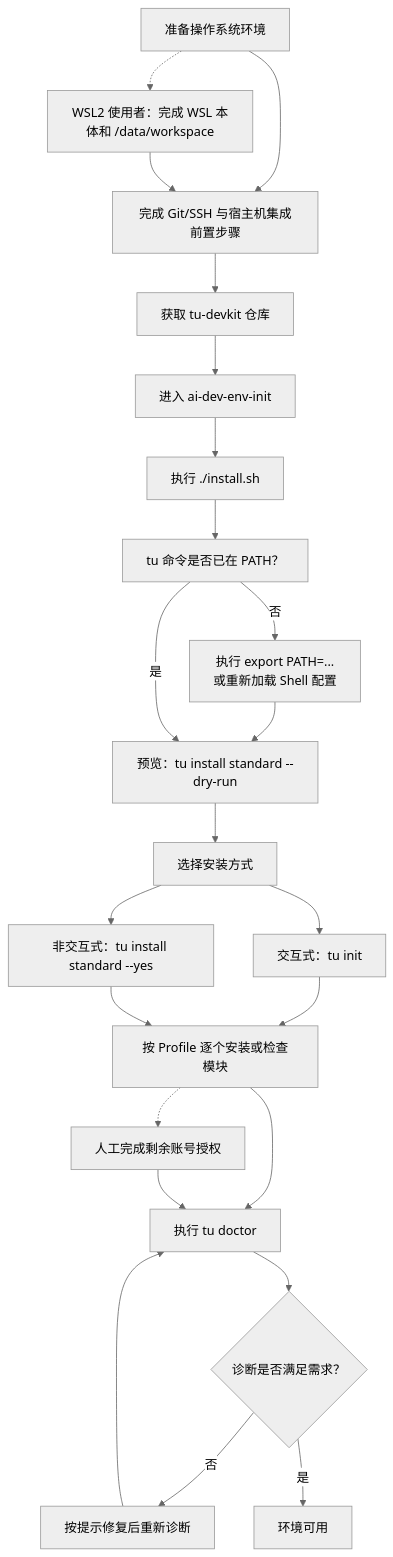
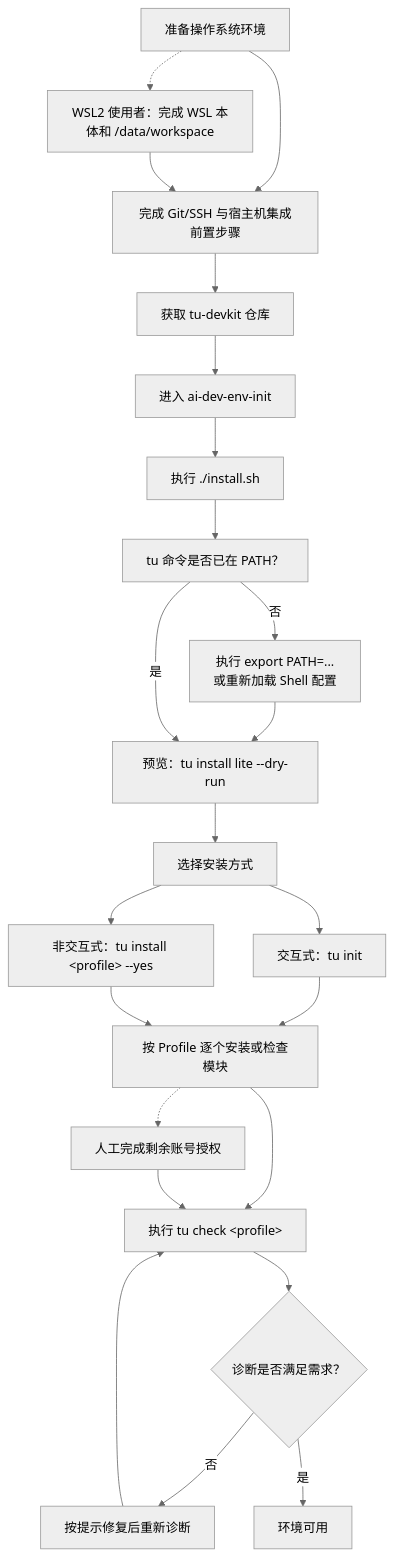
One commit to cnxutu/tu-devkit changed the third of 6 diagrams in ai-dev-env-init/docs/overview.md. Above: the diagram before and after it, drawn with Mermaid (neutral theme). The commit also changed other lines of this file and 11 other files, not shown here.

````diff
--- a/ai-dev-env-init/docs/overview.md
+++ b/ai-dev-env-init/docs/overview.md
@@ -90,38 +90,38 @@
 ```mermaid
 flowchart TD
     A["准备操作系统环境"]
     W["WSL2 使用者：完成 WSL 本体和 /data/workspace"]
     S["完成 Git/SSH 与宿主机集成前置步骤"]
     B["获取 tu-devkit 仓库"]
     C["进入 ai-dev-env-init"]
     D["执行 ./install.sh"]
     E["tu 命令是否已在 PATH？"]
     F["执行 export PATH=...<br/>或重新加载 Shell 配置"]
-    G["预览：tu install standard --dry-run"]
+    G["预览：tu install lite --dry-run"]
     H["选择安装方式"]
     I["交互式：tu init"]
-    J["非交互式：tu install standard --yes"]
+    J["非交互式：tu install &lt;profile&gt; --yes"]
     K["按 Profile 逐个安装或检查模块"]
     L["人工完成剩余账号授权"]
-    N["执行 tu doctor"]
+    N["执行 tu check &lt;profile&gt;"]
     O{"诊断是否满足需求？"}
     P["按提示修复后重新诊断"]
     Z["环境可用"]
 
     A -.-> W
     A --> S --> B --> C --> D --> E
     W --> S
     E -->|"否"| F --> G
     E -->|"是"| G
     G --> H
     H --> I
     H --> J
     I --> K
     J --> K
     K -.-> L
     K --> N
     L --> N
     N --> O
     O -->|"否"| P --> N
     O -->|"是"| Z
 ```
````
